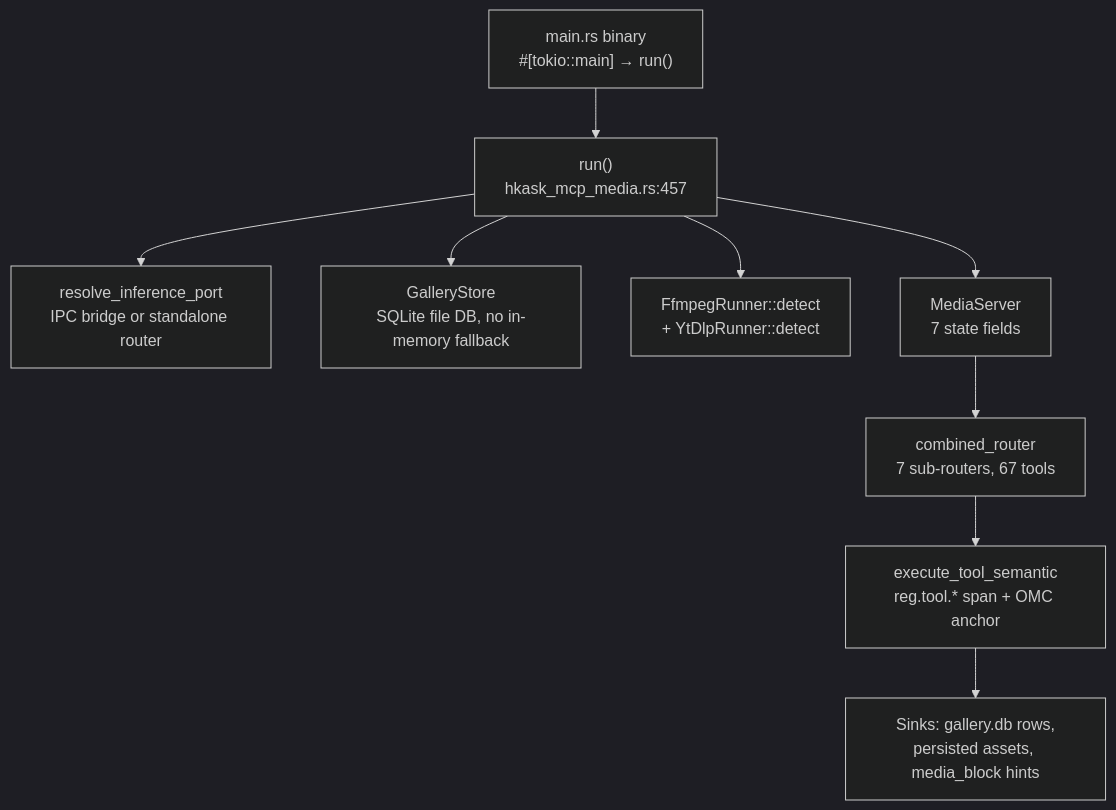
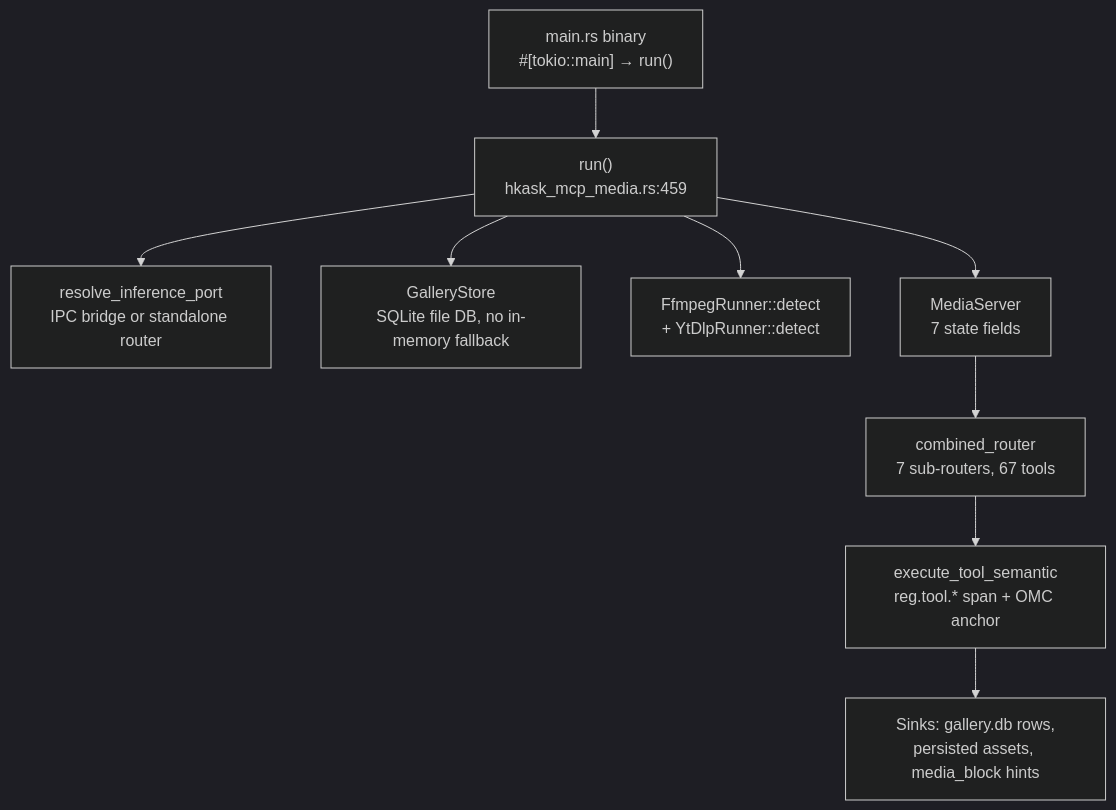
The diagram in kask/docs/reference/mcp-servers/media.md (mdz-axo/zed-kask), drawn with Mermaid (dark theme) before and after one commit. The commit also changed other lines of this file and 10 other files, not shown here.

````diff
--- a/kask/docs/reference/mcp-servers/media.md
+++ b/kask/docs/reference/mcp-servers/media.md
@@ -24,21 +24,21 @@
 ```mermaid
 flowchart TD
     binary["main.rs binary<br/>#[tokio::main] → run()"]
-    run["run()<br/>hkask_mcp_media.rs:457"]
+    run["run()<br/>hkask_mcp_media.rs:459"]
     port["resolve_inference_port<br/>IPC bridge or standalone router"]
     db["GalleryStore<br/>SQLite file DB, no in-memory fallback"]
     ffmpeg["FfmpegRunner::detect<br/>+ YtDlpRunner::detect"]
     server["MediaServer<br/>7 state fields"]
     router["combined_router<br/>7 sub-routers, 67 tools"]
     semantic["execute_tool_semantic<br/>reg.tool.* span + OMC anchor"]
     sinks["Sinks: gallery.db rows,<br/>persisted assets, media_block hints"]
 
     binary --> run
     run --> port
     run --> db
     run --> ffmpeg
     run --> server
     server --> router
     router --> semantic
     semantic --> sinks
 ```
````
